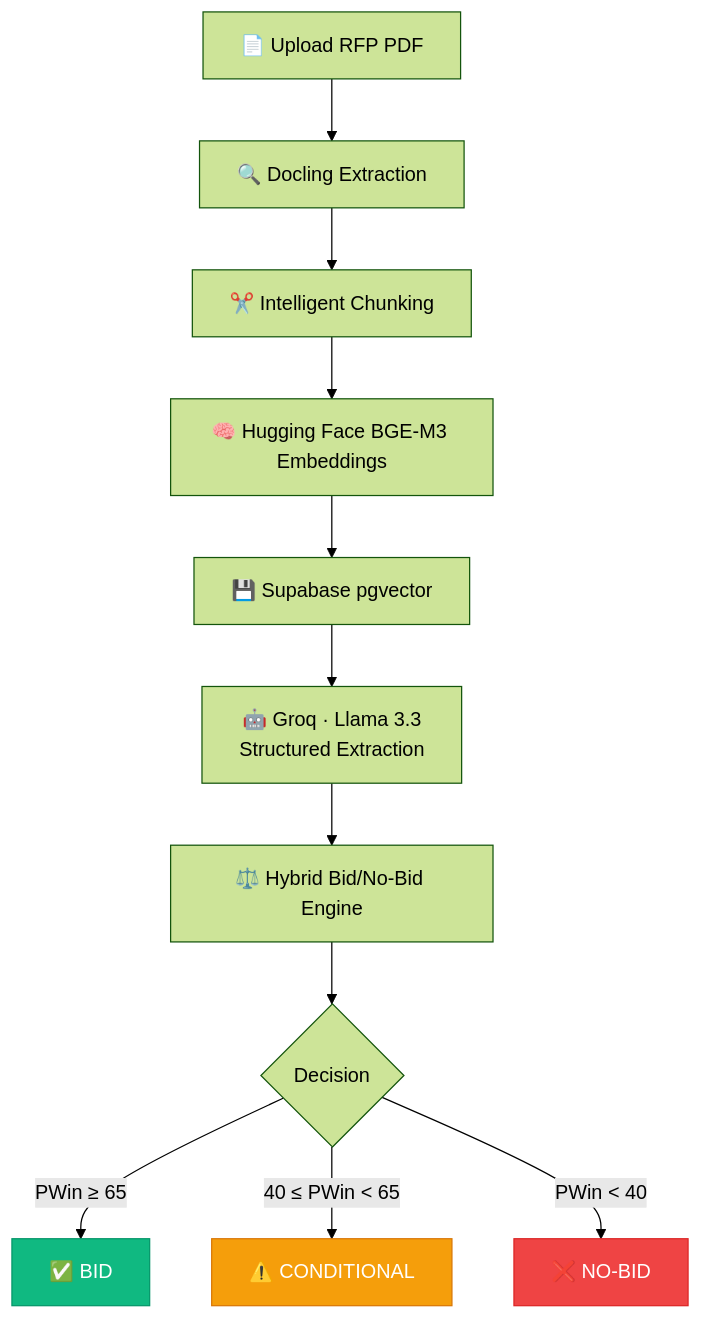
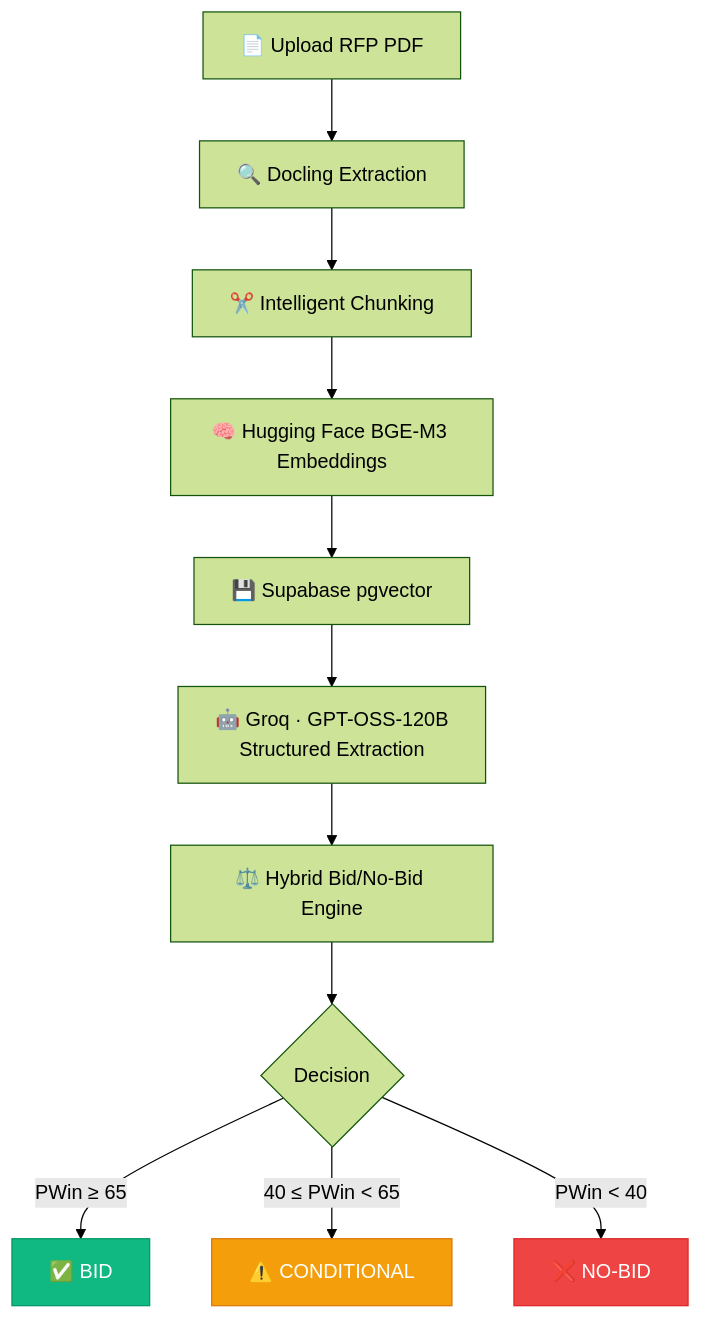
The diagram in README.md (rudyxx007/TenderSync), drawn with Mermaid (forest theme) before and after one commit. The commit also changed other lines of this file, not shown here.

Commit message:
Update documentation to reflect transition from Llama 3.3 to GPT-OSS-120B via Groq

````diff
--- a/README.md
+++ b/README.md
@@ -93,17 +93,17 @@
 ```mermaid
 graph TD
     A["📄 Upload RFP PDF"] --> B["🔍 Docling Extraction"]
     B --> C["✂️ Intelligent Chunking"]
     C --> D["🧠 Hugging Face BGE-M3 Embeddings"]
     D --> E["💾 Supabase pgvector"]
-    E --> F["🤖 Groq · Llama 3.3<br/>Structured Extraction"]
+    E --> F["🤖 Groq · GPT-OSS-120B<br/>Structured Extraction"]
     F --> G["⚖️ Hybrid Bid/No-Bid Engine"]
     G --> H{"Decision"}
     H -->|PWin ≥ 65| I["✅ BID"]
     H -->|40 ≤ PWin < 65| J["⚠️ CONDITIONAL"]
     H -->|PWin < 40| K["❌ NO-BID"]
 
     style I fill:#10B981,stroke:#059669,color:#fff
     style J fill:#F59E0B,stroke:#D97706,color:#fff
     style K fill:#EF4444,stroke:#DC2626,color:#fff
 ```
````
